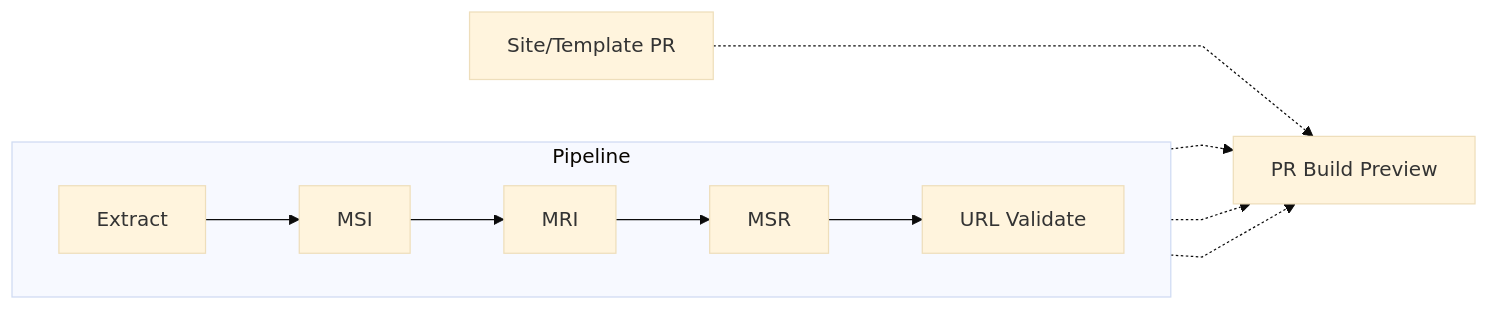
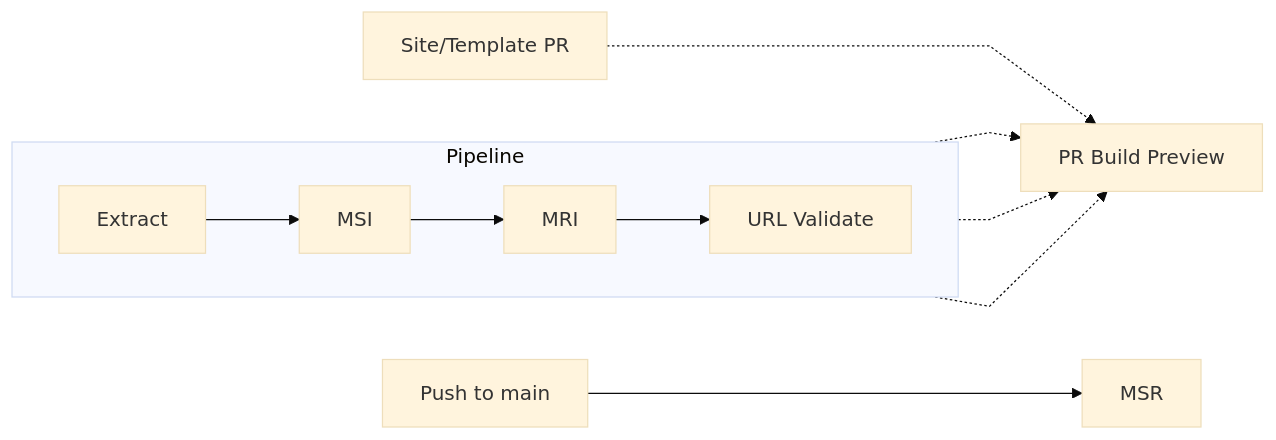
Before and after one commit to PrZ3r/MSRBot.io: the diagram in README.md, drawn with Mermaid (base theme). The commit also changed other lines of this file and 2 other files, not shown here.

````diff
--- a/README.md
+++ b/README.md
@@ -95,13 +95,14 @@
 ```mermaid
 %%{init: {'flowchart': {'curve': 'linear'}}}%%
 graph LR
   subgraph Pipeline
     direction LR
-    A[Extract] --> B[MSI] --> C[MRI] --> D[MSR] --> E[URL Validate]
+    A[Extract] --> B[MSI] --> C[MRI] --> E[URL Validate]
   end
 
+  M[Push to main] --> D[MSR]
   A -.-> P[PR Build Preview]
   B -.-> P
   C -.-> P
   S[Site/Template PR] -.-> P
 ```
````
